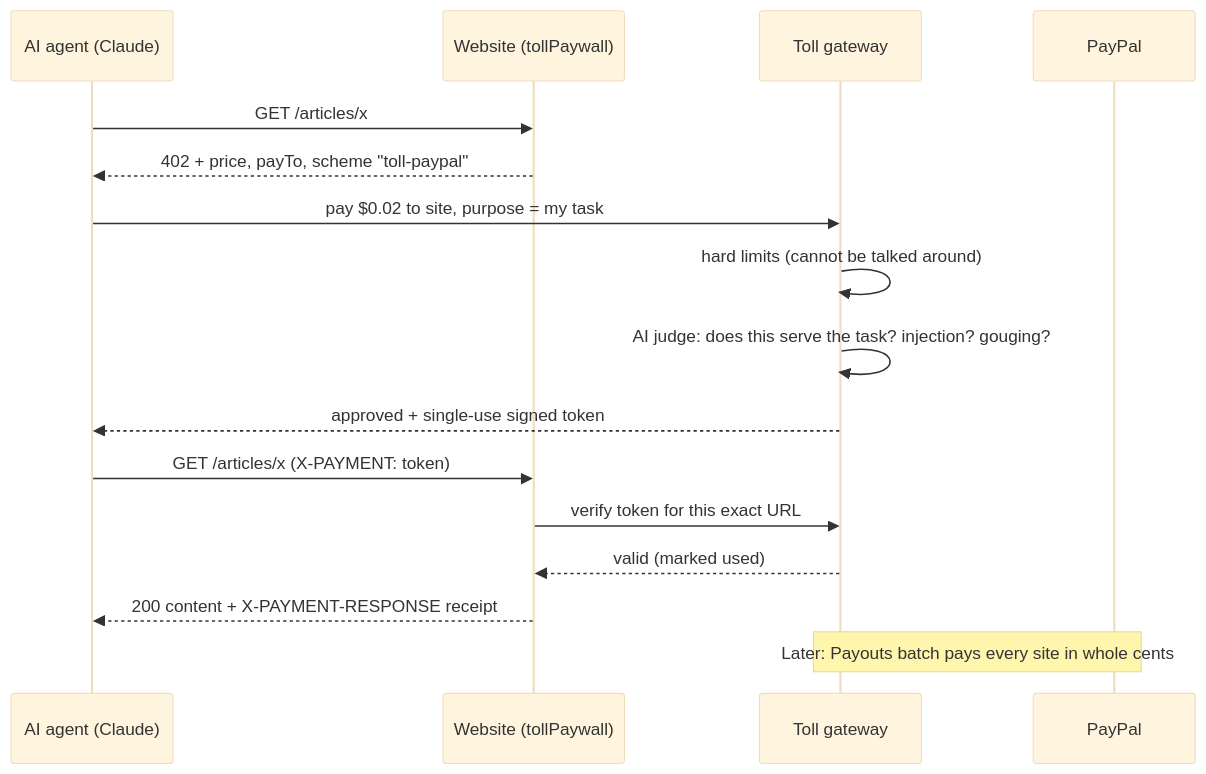
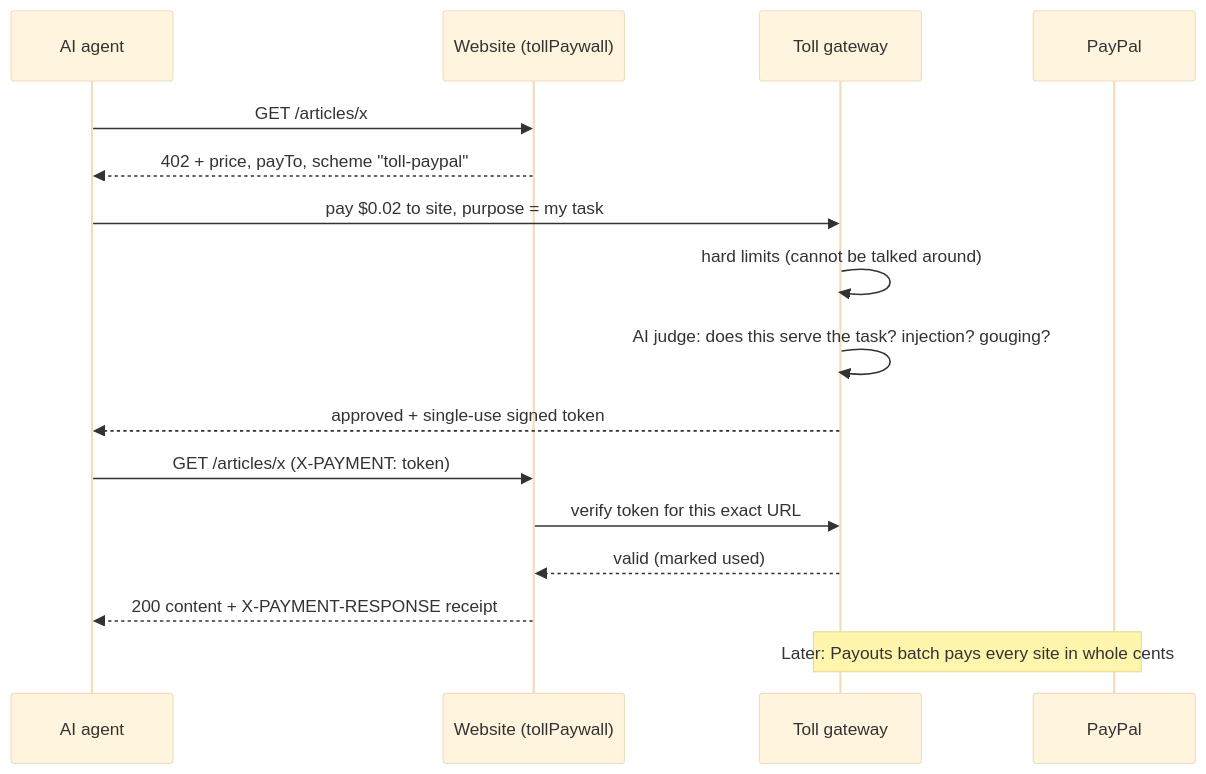
One commit to pavittt/toll changed the diagram in README.md. Above: the diagram before and after it, drawn with Mermaid (base theme). The commit also changed other lines of this file and 9 other files, not shown here.

````diff
--- a/README.md
+++ b/README.md
@@ -21,18 +21,18 @@
 ```mermaid
 sequenceDiagram
-    participant A as AI agent (Claude)
+    participant A as AI agent
     participant S as Website (tollPaywall)
     participant T as Toll gateway
     participant P as PayPal
     A->>S: GET /articles/x
     S-->>A: 402 + price, payTo, scheme "toll-paypal"
     A->>T: pay $0.02 to site, purpose = my task
     T->>T: hard limits (cannot be talked around)
     T->>T: AI judge: does this serve the task? injection? gouging?
     T-->>A: approved + single-use signed token
     A->>S: GET /articles/x  (X-PAYMENT: token)
     S->>T: verify token for this exact URL
     T-->>S: valid (marked used)
     S-->>A: 200 content + X-PAYMENT-RESPONSE receipt
     Note over T,P: Later: Payouts batch pays every site in whole cents
 ```
````
